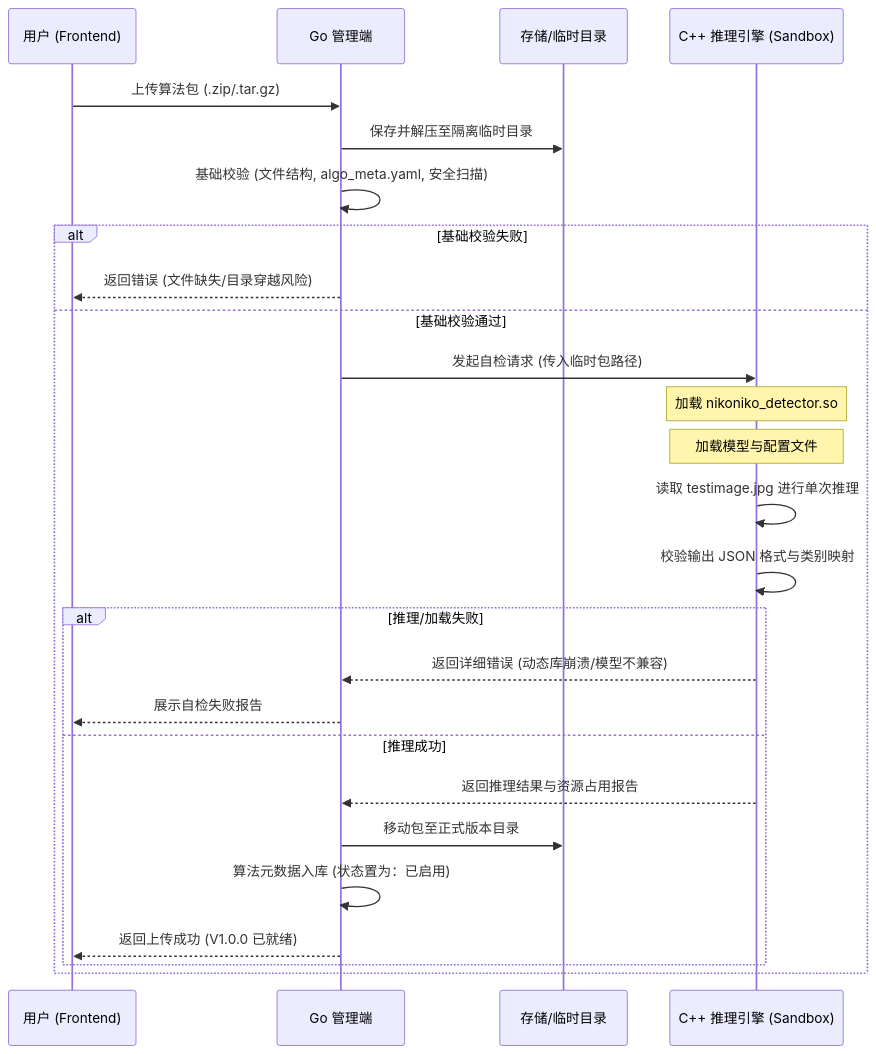
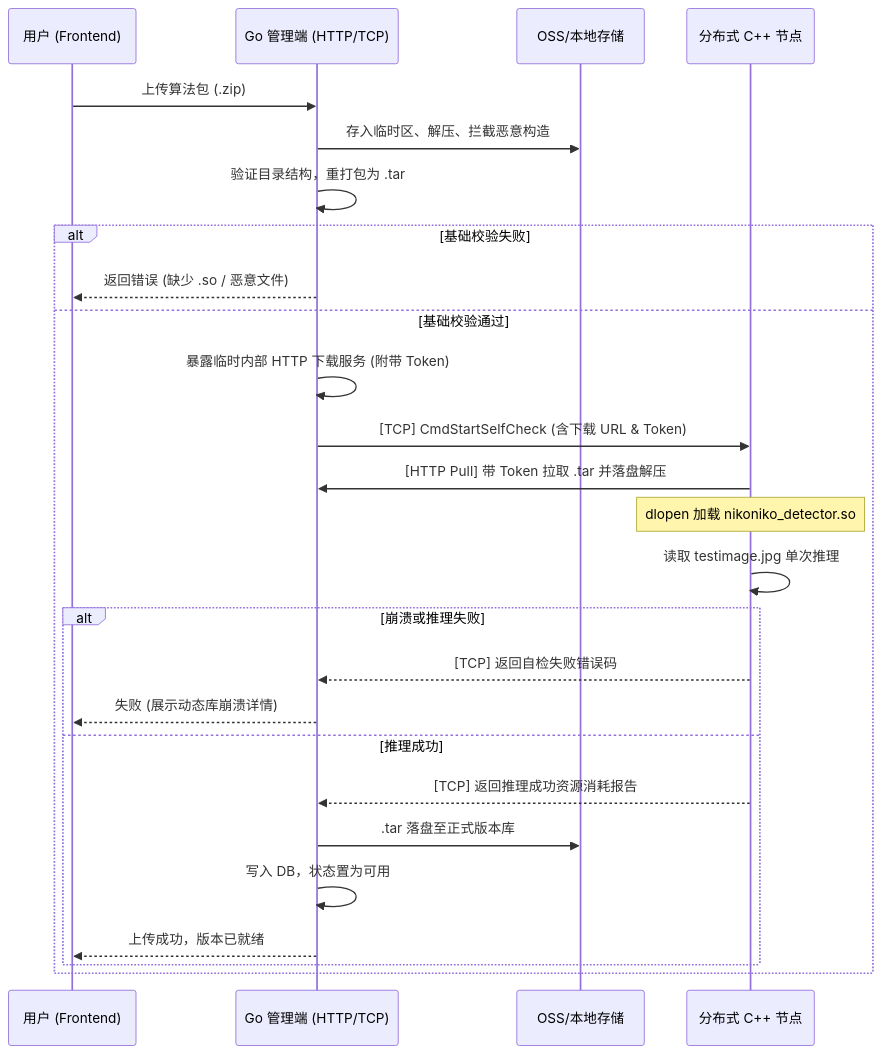
The third of 8 diagrams in prd/prd-draft.md (nikonikowuw/aivisioninference), drawn with Mermaid before and after one commit. The commit also changed other lines of this file, not shown here.

Commit message:
docs(architecture): update algorithm upload flow to support HTTP Pull in distributed environment
- Standardize upload process: Go unpacks zip, validates, and repacks as safe .tar
- Expose internal HTTP service with one-time Token for secure C++ node pulling
- Replace local file path passing with CmdStartSelfCheck containing URL and Token
- Update sequence diagrams to reflect the new Go -> C++ distributed upload/self-check mechanics

````diff
--- a/prd/prd-draft.md
+++ b/prd/prd-draft.md
@@ -958,29 +960,29 @@
 ```mermaid
 sequenceDiagram
     participant U as 用户 (Frontend)
-    participant G as Go 管理端
-    participant S as 存储/临时目录
-    participant C as C++ 推理引擎 (Sandbox)
+    participant G as Go 管理端 (HTTP/TCP)
+    participant S as OSS/本地存储
+    participant C as 分布式 C++ 节点
 
-    U->>G: 上传算法包 (.zip/.tar.gz)
-    G->>S: 保存并解压至隔离临时目录
-    G->>G: 基础校验 (文件结构, algo_meta.yaml, 安全扫描)
+    U->>G: 上传算法包 (.zip)
+    G->>S: 存入临时区、解压、拦截恶意构造
+    G->>G: 验证目录结构，重打包为 .tar
     alt 基础校验失败
-        G-->>U: 返回错误 (文件缺失/目录穿越风险)
+        G-->>U: 返回错误 (缺少 .so / 恶意文件)
     else 基础校验通过
-        G->>C: 发起自检请求 (传入临时包路径)
-        Note over C: 加载 nikoniko_detector.so
-        Note over C: 加载模型与配置文件
-        C->>C: 读取 testimage.jpg 进行单次推理
-        C->>C: 校验输出 JSON 格式与类别映射
-        alt 推理/加载失败
-            C-->>G: 返回详细错误 (动态库崩溃/模型不兼容)
-            G-->>U: 展示自检失败报告
+        G->>G: 暴露临时内部 HTTP 下载服务 (附带 Token)
+        G->>C: [TCP] CmdStartSelfCheck (含下载 URL & Token)
+        C->>G: [HTTP Pull] 带 Token 拉取 .tar 并落盘解压
+        Note over C: dlopen 加载 nikoniko_detector.so
+        C->>C: 读取 testimage.jpg 单次推理
+        alt 崩溃或推理失败
+            C-->>G: [TCP] 返回自检失败错误码
+            G-->>U: 失败 (展示动态库崩溃详情)
         else 推理成功
-            C-->>G: 返回推理结果与资源占用报告
-            G->>S: 移动包至正式版本目录
-            G->>G: 算法元数据入库 (状态置为：已启用)
-            G-->>U: 返回上传成功 (V1.0.0 已就绪)
+            C-->>G: [TCP] 返回推理成功资源消耗报告
+            G->>S: .tar 落盘至正式版本库
+            G->>G: 写入 DB，状态置为可用
+            G-->>U: 上传成功，版本已就绪
         end
     end
 ```
````
